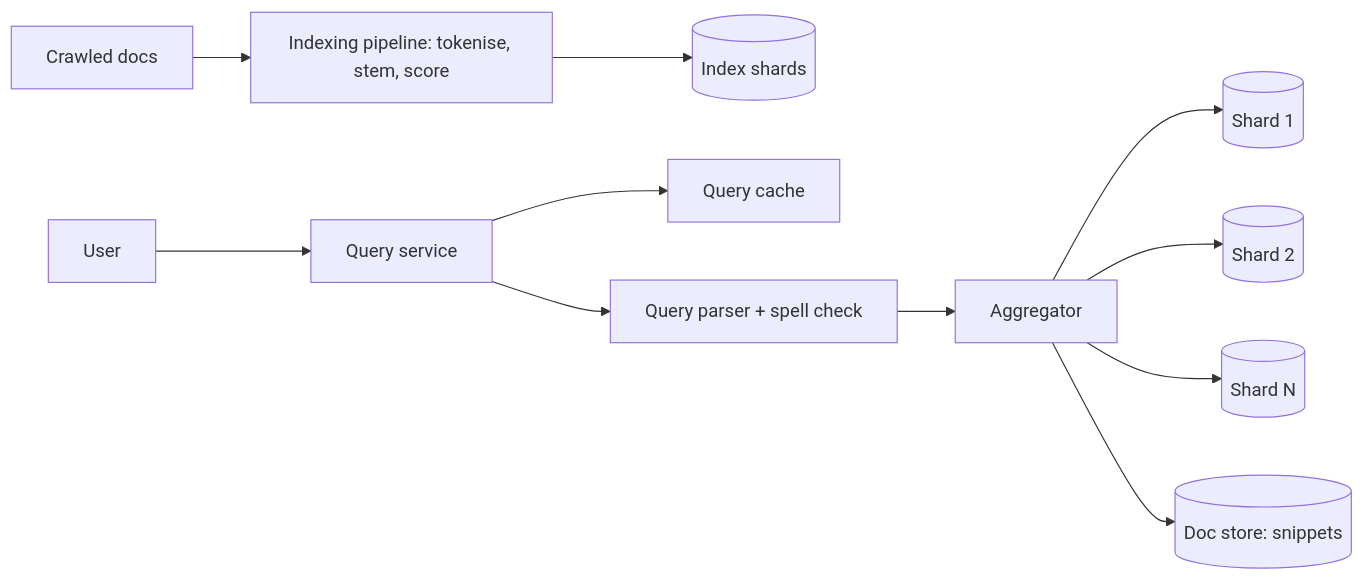
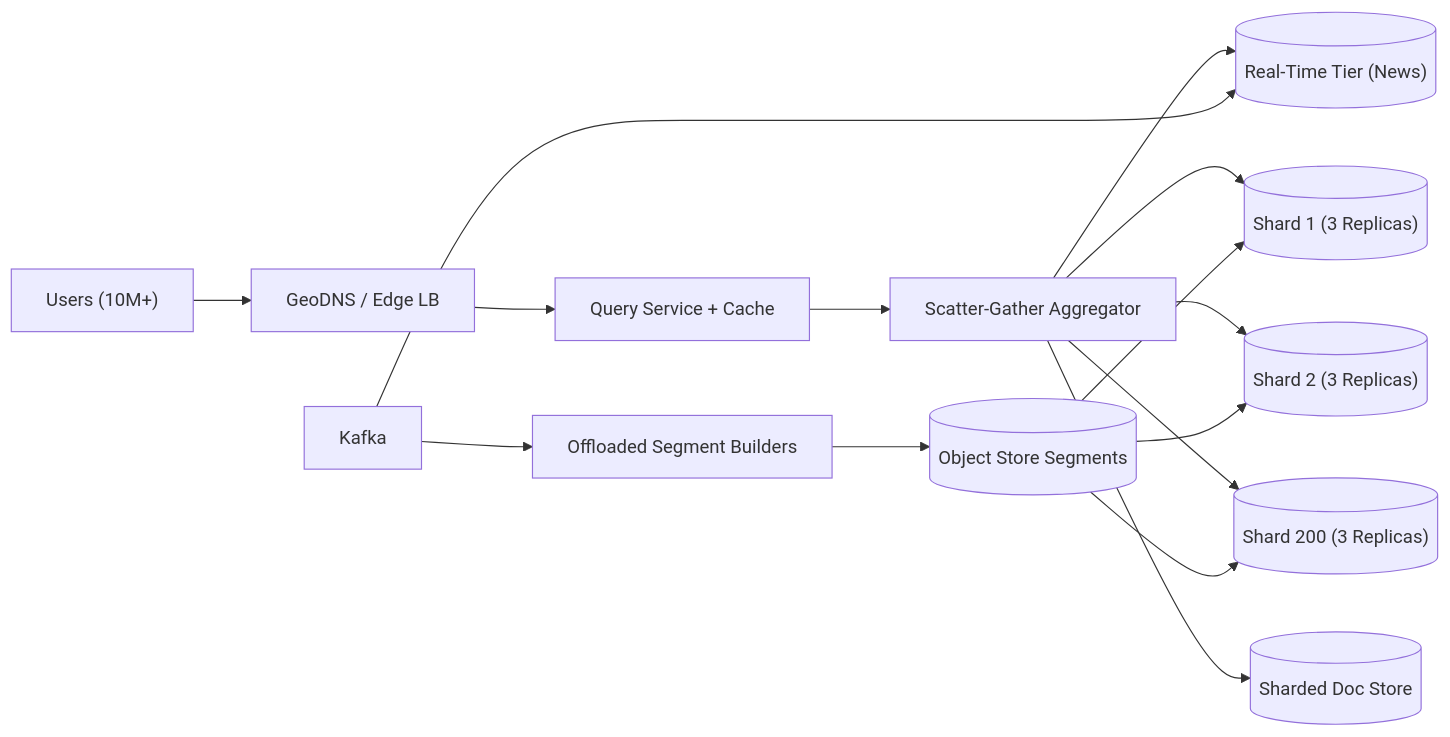
Before and after one commit to TapanKumarBarik/Backend-roadmap: the third of 5 diagrams in content/system-design/22-interview-design-problems/21-search-engine/README.md, drawn with Mermaid. The commit also changed other lines of this file and 37 other files, not shown here.

Commit message:
Upgrade Track 22 (37 interview design problems) with scale-by-scale architecture evolution

````diff
--- a/content/system-design/22-interview-design-problems/21-search-engine/README.md
+++ b/content/system-design/22-interview-design-problems/21-search-engine/README.md
@@ -108,12 +195,16 @@
 ```mermaid
 flowchart LR
-  C["Crawled docs"] --> IP["Indexing pipeline: tokenise, stem, score"] --> IS[("Index shards")]
-  U["User"] --> QS["Query service"]
-  QS --> QC["Query cache"]
-  QS --> QP["Query parser + spell check"]
-  QP --> AGG["Aggregator"]
-  AGG --> S1[("Shard 1")]
-  AGG --> S2[("Shard 2")]
-  AGG --> SN[("Shard N")]
-  AGG --> DS[("Doc store: snippets")]
+  U["Users (10M+)"] --> GSLB["GeoDNS / Edge LB"]
+  GSLB --> QS["Query Service + Cache"]
+  QS --> AGG["Scatter-Gather Aggregator"]
+  AGG --> RT[("Real-Time Tier (News)")]
+  AGG --> SH1[("Shard 1 (3 Replicas)")]
+  AGG --> SH2[("Shard 2 (3 Replicas)")]
+  AGG --> SHN[("Shard 200 (3 Replicas)")]
+  AGG --> DS[("Sharded Doc Store")]
+  K["Kafka"] --> SB["Offloaded Segment Builders"] --> OBJ[("Object Store Segments")]
+  OBJ --> SH1
+  OBJ --> SH2
+  OBJ --> SHN
+  K --> RT
 ```
````
